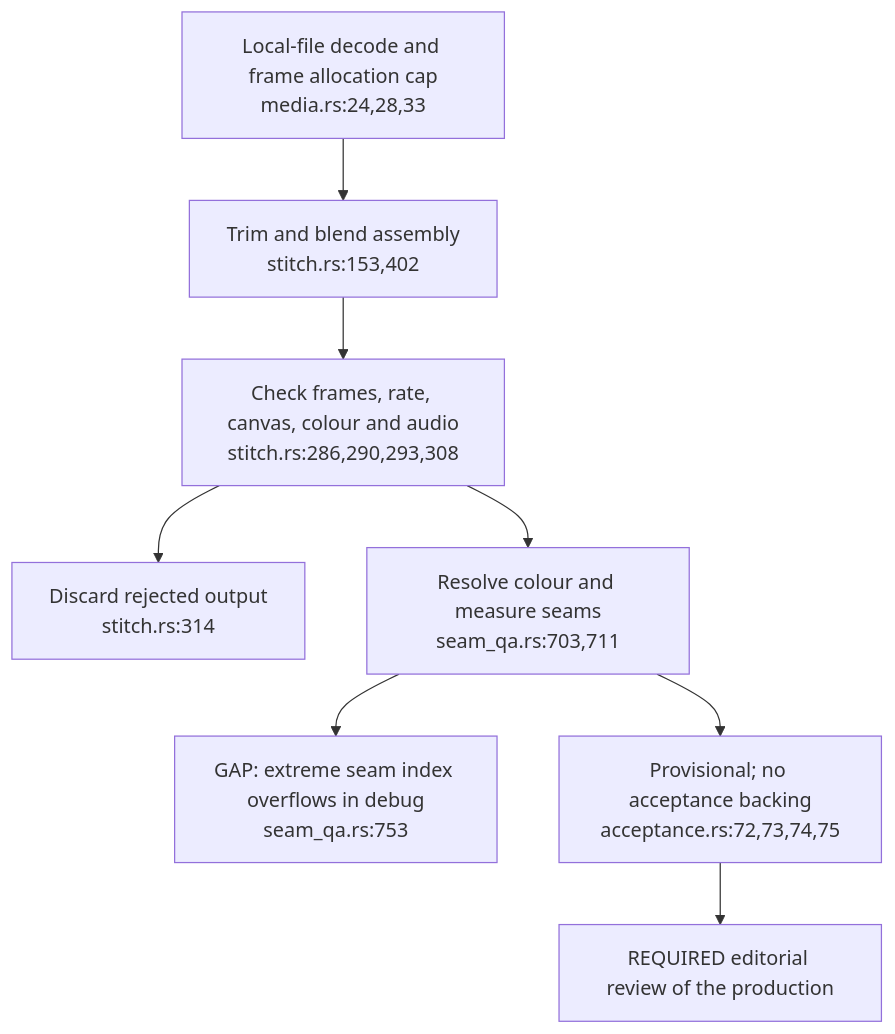
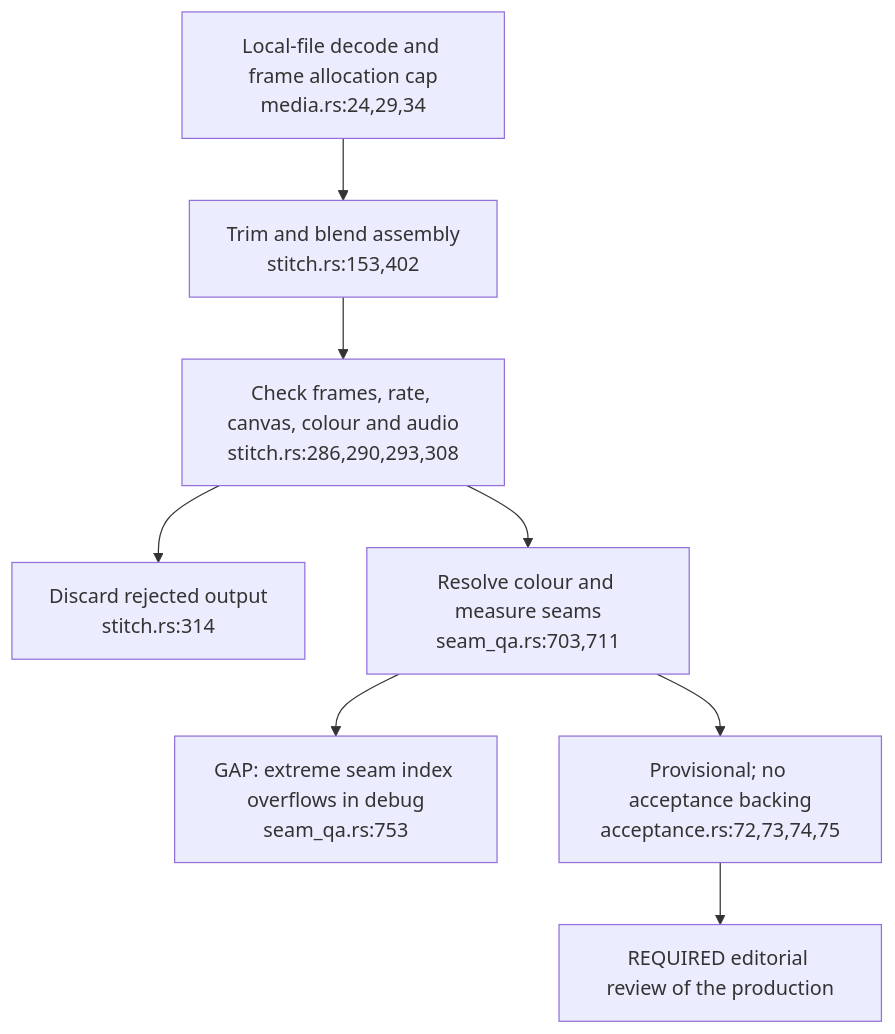
The second of 4 diagrams in docs/diagrams/agentbox/38-video-measurements-and-provider-boundaries.md (DreamLab-AI/VisionFlow), drawn with Mermaid before and after one commit. The commit also changed other lines of this file and 173 other files, not shown here.

````diff
--- a/docs/diagrams/agentbox/38-video-measurements-and-provider-boundaries.md
+++ b/docs/diagrams/agentbox/38-video-measurements-and-provider-boundaries.md
@@ -49,10 +49,10 @@
 ```mermaid
 flowchart TD
-    INPUT["Local-file decode and frame allocation cap<br/>media.rs:24,28,33"] --> JOIN["Trim and blend assembly<br/>stitch.rs:153,402"]
+    INPUT["Local-file decode and frame allocation cap<br/>media.rs:24,29,34"] --> JOIN["Trim and blend assembly<br/>stitch.rs:153,402"]
     JOIN --> GATE["Check frames, rate, canvas, colour and audio<br/>stitch.rs:286,290,293,308"]
     GATE --> BAD["Discard rejected output<br/>stitch.rs:314"]
     GATE --> SEAM["Resolve colour and measure seams<br/>seam_qa.rs:703,711"]
     SEAM --> BOUNDS["GAP: extreme seam index overflows in debug<br/>seam_qa.rs:753"]
     SEAM --> STAMP["Provisional; no acceptance backing<br/>acceptance.rs:72,73,74,75"]
     STAMP --> EDITOR["REQUIRED editorial review of the production"]
 ```
````
